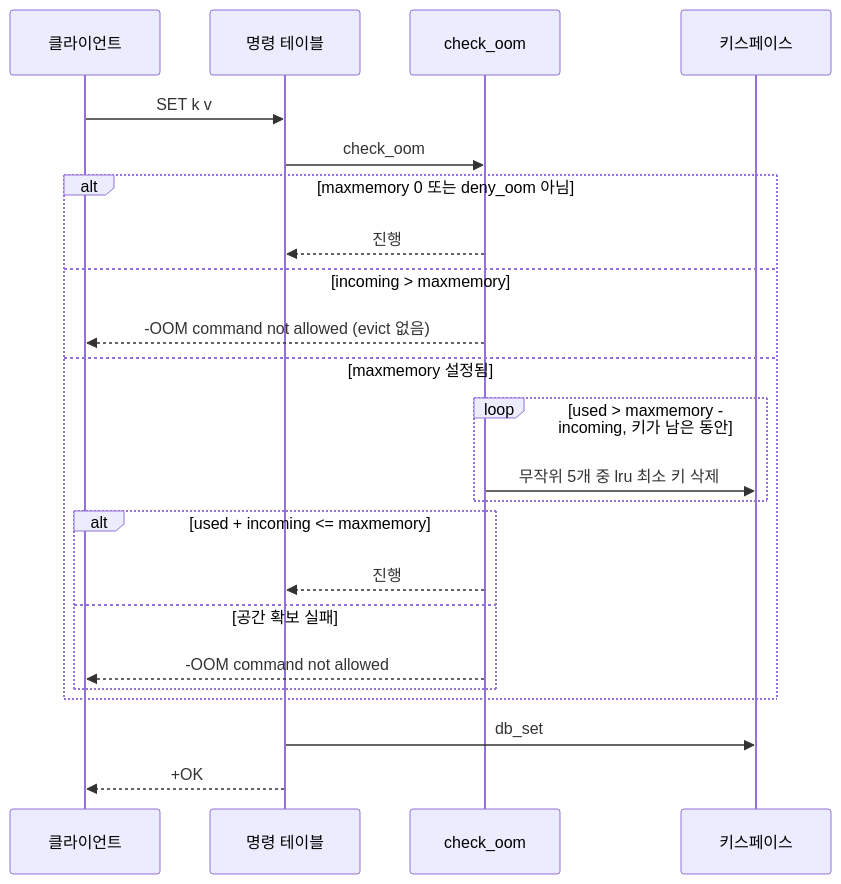
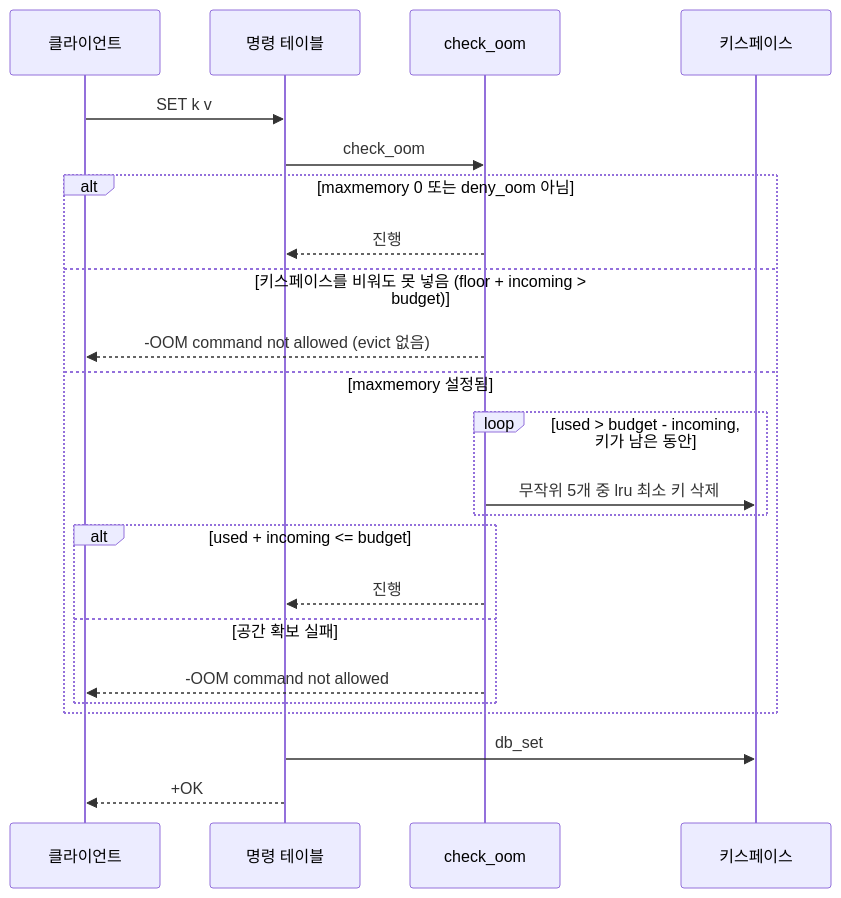
One commit to nini4746/mini-redis changed the seventh of 12 diagrams in docs/SDS.md. Above: the diagram before and after it, drawn with Mermaid. The commit also changed other lines of this file and 3 other files, not shown here.

Commit message:
docs: eviction budget and floor for #4 (55 checks)

````diff
--- a/docs/SDS.md
+++ b/docs/SDS.md
@@ -431,25 +431,25 @@
 ```mermaid
 sequenceDiagram
     participant C as 클라이언트
     participant X as 명령 테이블
     participant E as check_oom
     participant D as 키스페이스
     C->>X: SET k v
     X->>E: check_oom
     alt maxmemory 0 또는 deny_oom 아님
         E-->>X: 진행
-    else incoming > maxmemory
+    else 키스페이스를 비워도 못 넣음 (floor + incoming > budget)
         E-->>C: -OOM command not allowed (evict 없음)
     else maxmemory 설정됨
-        loop used > maxmemory - incoming, 키가 남은 동안
+        loop used > budget - incoming, 키가 남은 동안
             E->>D: 무작위 5개 중 lru 최소 키 삭제
         end
-        alt used + incoming <= maxmemory
+        alt used + incoming <= budget
             E-->>X: 진행
         else 공간 확보 실패
             E-->>C: -OOM command not allowed
         end
     end
     X->>D: db_set
     X-->>C: +OK
 ```
````
